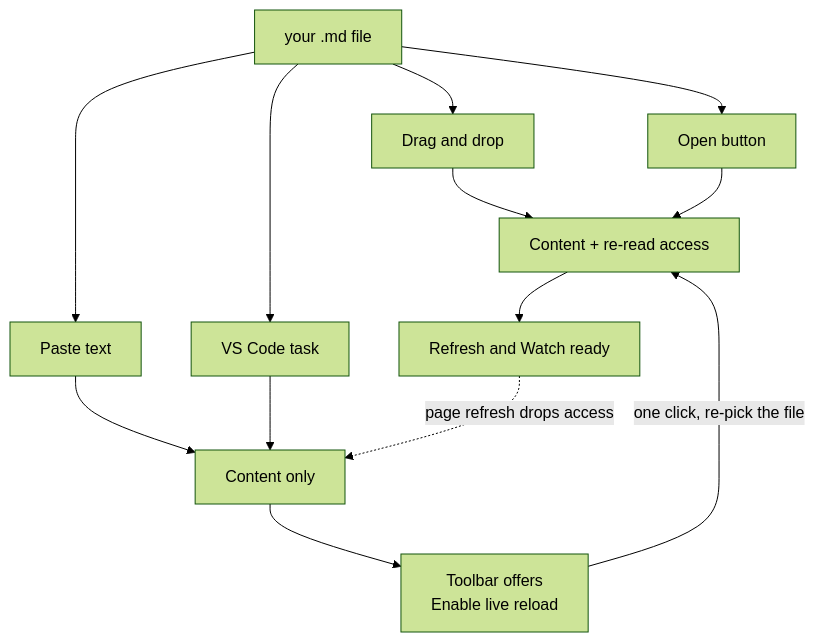
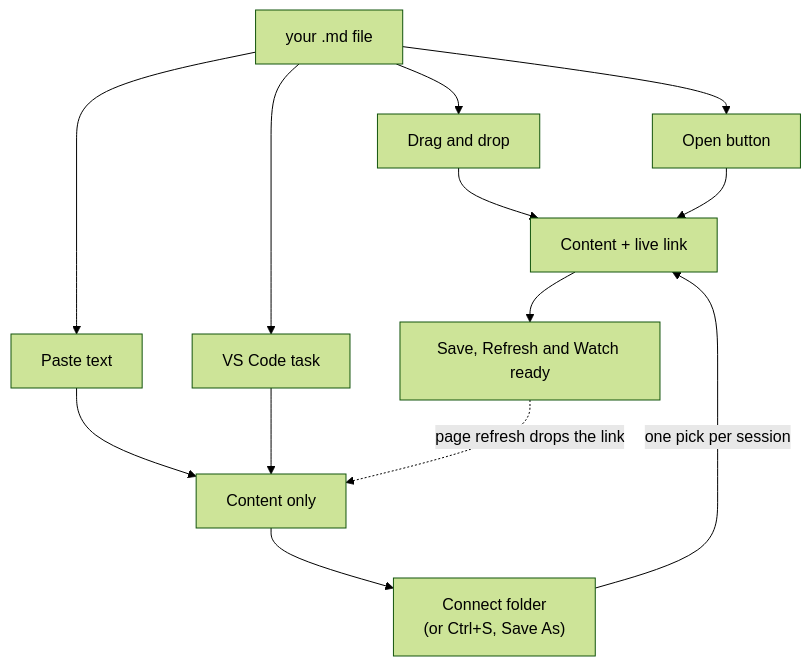
One commit to scottj113/vs_code_projects_public changed the diagram in northern-lights/distro/README.md. Above: the diagram before and after it, drawn with Mermaid (forest theme). The commit also changed other lines of this file and 10 other files, not shown here.

````diff
--- a/northern-lights/distro/README.md
+++ b/northern-lights/distro/README.md
@@ -194,20 +188,20 @@
 ```mermaid
 flowchart TD
     MD["your .md file"]
 
     MD --> Drop["Drag and drop"]
     MD --> Open["Open button"]
     MD --> Paste["Paste text"]
     MD --> Cmd["VS Code task"]
 
-    Drop --> Handle["Content + re-read access"]
+    Drop --> Handle["Content + live link"]
     Open --> Handle
     Paste --> Plain["Content only"]
     Cmd --> Plain
 
-    Handle --> Live["Refresh and Watch ready"]
-    Plain --> Arm["Toolbar offers<br/>Enable live reload"]
-    Arm -->|"one click, re-pick the file"| Handle
+    Handle --> Live["Save, Refresh and Watch ready"]
+    Plain --> Arm["Connect folder<br/>(or Ctrl+S, Save As)"]
+    Arm -->|"one pick per session"| Handle
 
-    Live -.->|"page refresh drops access"| Plain
+    Live -.->|"page refresh drops the link"| Plain
 ```
````
